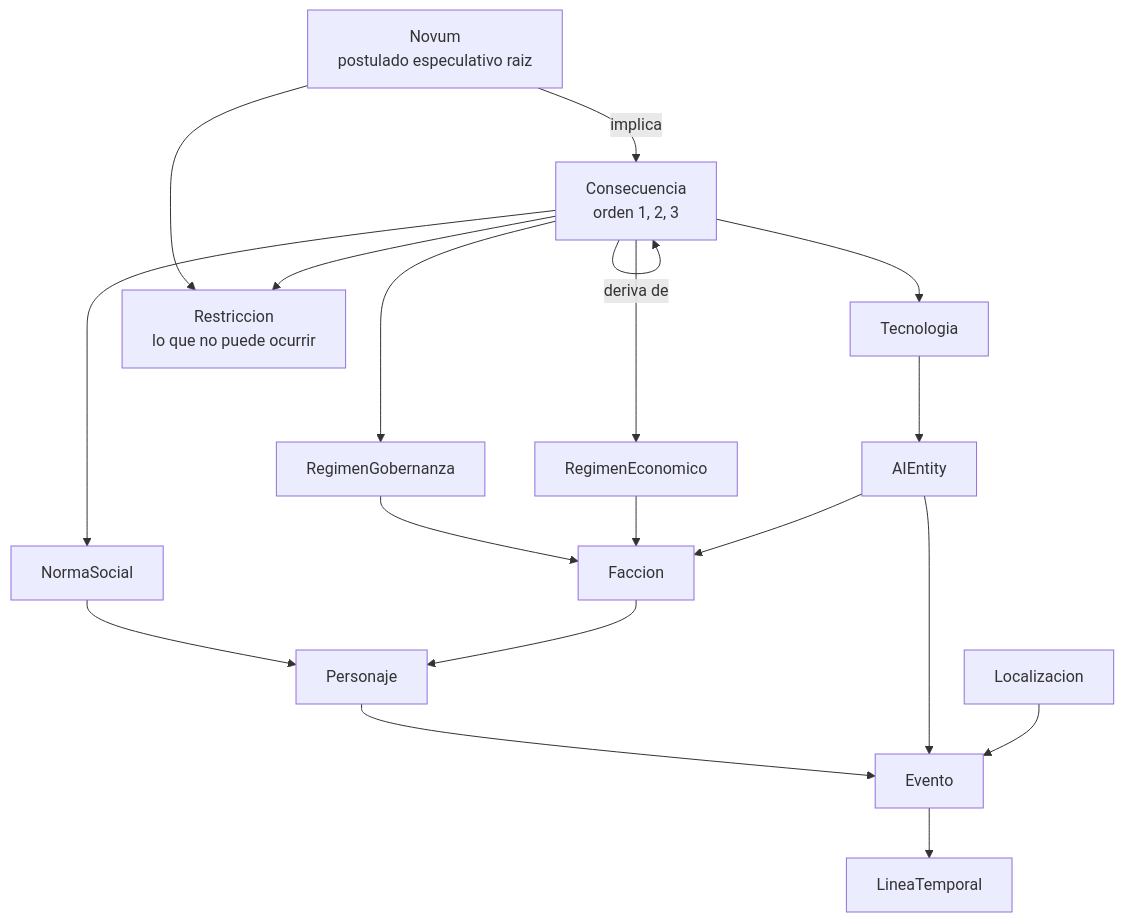
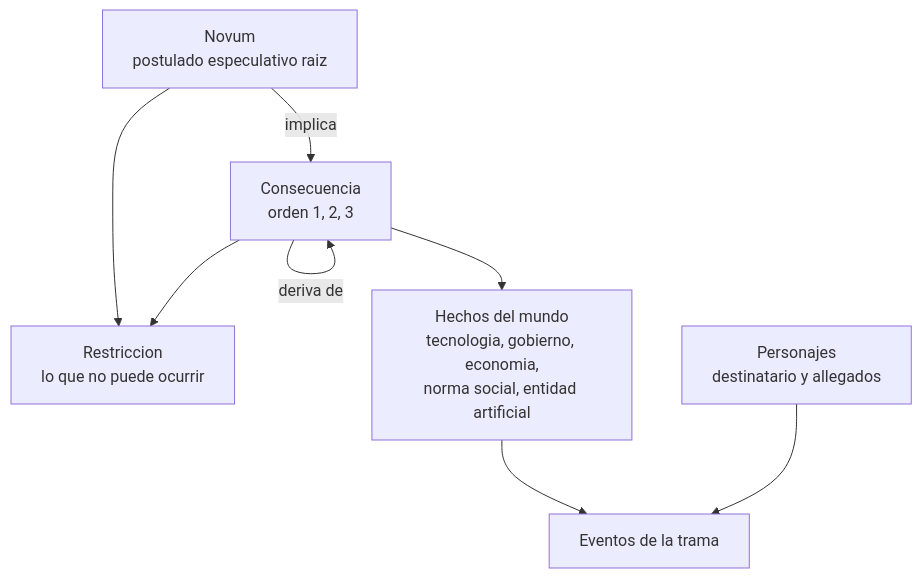
One commit to JNico-rb/story-maker changed the diagram in docs/domain-knowledge.md. Above: the diagram before and after it, drawn with Mermaid. The commit also changed other lines of this file and 35 other files, not shown here.

````diff
--- a/docs/domain-knowledge.md
+++ b/docs/domain-knowledge.md
@@ -41,29 +79,11 @@
 ```mermaid
 graph TD
     NOV[Novum<br/>postulado especulativo raiz]
-
     NOV -->|implica| CON[Consecuencia<br/>orden 1, 2, 3]
     CON -->|deriva de| CON
-
-    CON --> RG[RegimenGobernanza]
-    CON --> RE[RegimenEconomico]
-    CON --> NS[NormaSocial]
-    CON --> TEC[Tecnologia]
-
-    TEC --> AI[AIEntity]
-
-    RG --> FAC[Faccion]
-    RE --> FAC
-    NS --> PER[Personaje]
-
-    AI --> FAC
-    FAC --> PER
-    PER --> EVT[Evento]
-    AI --> EVT
-    LOC[Localizacion] --> EVT
-    EVT --> LT[LineaTemporal]
-
-    RES[Restriccion<br/>lo que no puede ocurrir]
-    NOV --> RES
+    NOV --> RES[Restriccion<br/>lo que no puede ocurrir]
     CON --> RES
+    CON --> HEC[Hechos del mundo<br/>tecnologia, gobierno, economia,<br/>norma social, entidad artificial]
+    HEC --> EVT[Eventos de la trama]
+    PER[Personajes<br/>destinatario y allegados] --> EVT
 ```
````
